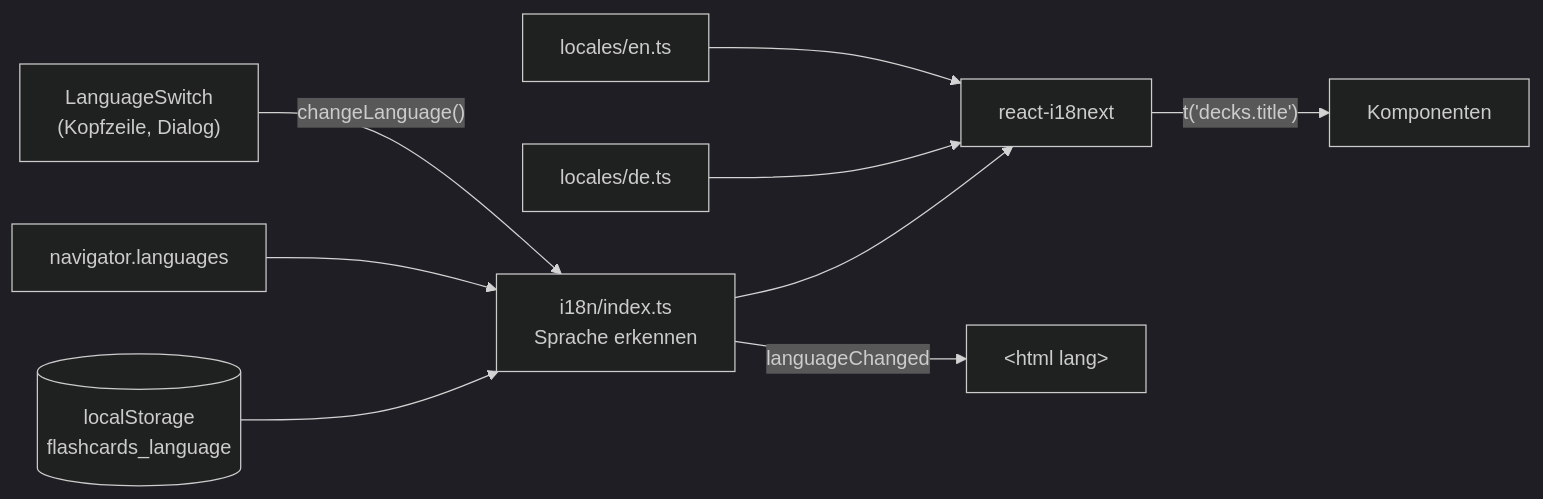
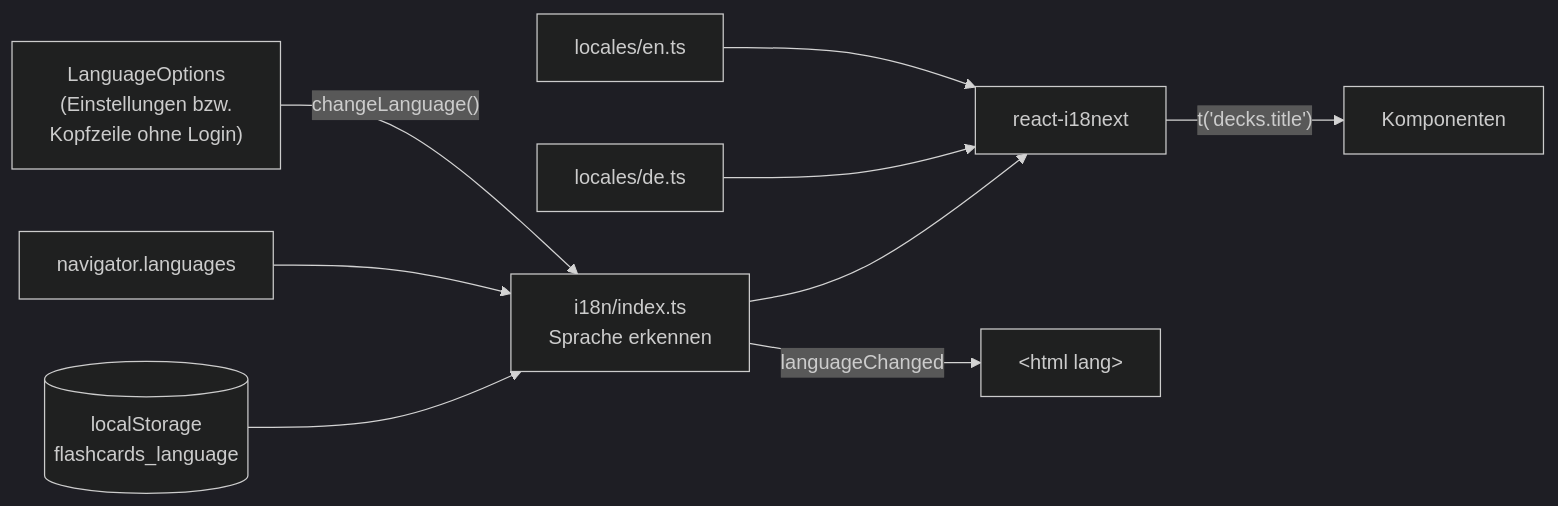
The diagram in docs/technical_docu/i18n.md (PhilipWie/flashcards-app), drawn with Mermaid (dark theme) before and after one commit. The commit also changed other lines of this file and 6 other files, not shown here.

````diff
--- a/docs/technical_docu/i18n.md
+++ b/docs/technical_docu/i18n.md
@@ -30,11 +35,11 @@
 ```mermaid
 flowchart LR
     LS[("localStorage<br/>flashcards_language")] --> I["i18n/index.ts<br/>Sprache erkennen"]
     NAV["navigator.languages"] --> I
     I --> R["react-i18next"]
     DE["locales/de.ts"] --> R
     EN["locales/en.ts"] --> R
     R -- "t('decks.title')" --> C["Komponenten"]
-    SEL["LanguageSwitch<br/>(Kopfzeile, Dialog)"] -- "changeLanguage()" --> I
+    SEL["LanguageOptions<br/>(Einstellungen bzw.<br/>Kopfzeile ohne Login)"] -- "changeLanguage()" --> I
     I -- "languageChanged" --> HTML["&lt;html lang&gt;"]
 ```
````
